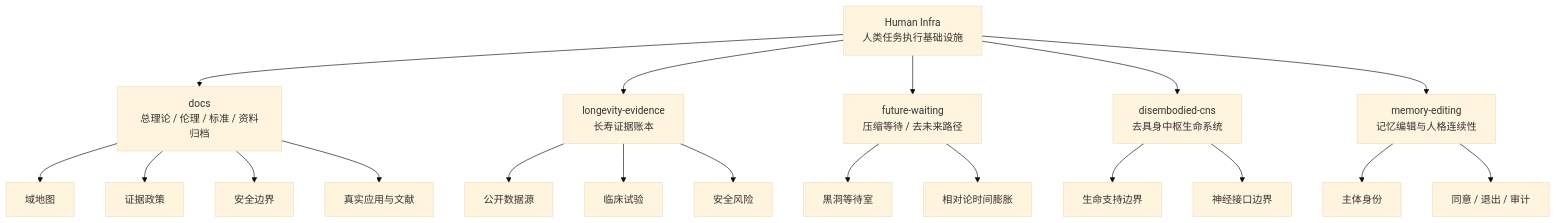
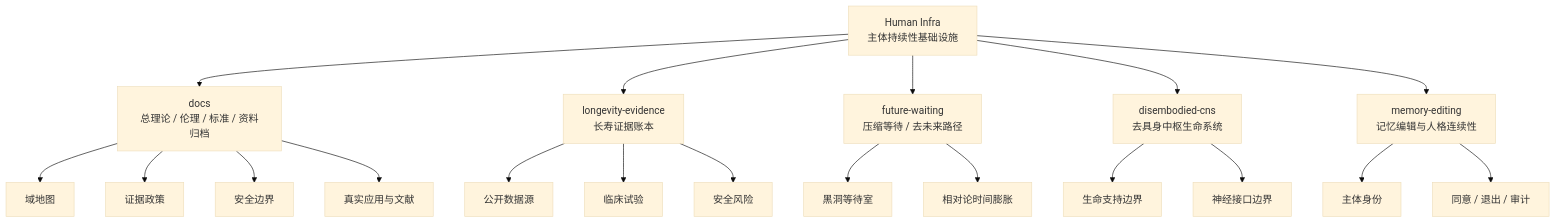
The third of 5 diagrams in README.md (123olp/ys), drawn with Mermaid (base theme) before and after one commit. The commit also changed other lines of this file, not shown here.

````diff
--- a/README.md
+++ b/README.md
@@ -139,28 +132,28 @@
 ```mermaid
 flowchart TD
-    H[Human Infra<br/>人类任务执行基础设施]
+    H[Human Infra<br/>主体持续性基础设施]
 
     H --> D[docs<br/>总理论 / 伦理 / 标准 / 资料归档]
     H --> L[longevity-evidence<br/>长寿证据账本]
     H --> F[future-waiting<br/>压缩等待 / 去未来路径]
     H --> C[disembodied-cns<br/>去具身中枢生命系统]
     H --> M[memory-editing<br/>记忆编辑与人格连续性]
 
     D --> DM[域地图]
     D --> EP[证据政策]
     D --> SB[安全边界]
     D --> AL[真实应用与文献]
 
     L --> DS[公开数据源]
     L --> CT[临床试验]
     L --> SR[安全风险]
 
     F --> BH[黑洞等待室]
     F --> TD[相对论时间膨胀]
 
     C --> LS[生命支持边界]
     C --> NI[神经接口边界]
 
     M --> ID[主体身份]
     M --> AU[同意 / 退出 / 审计]
 ```
````
